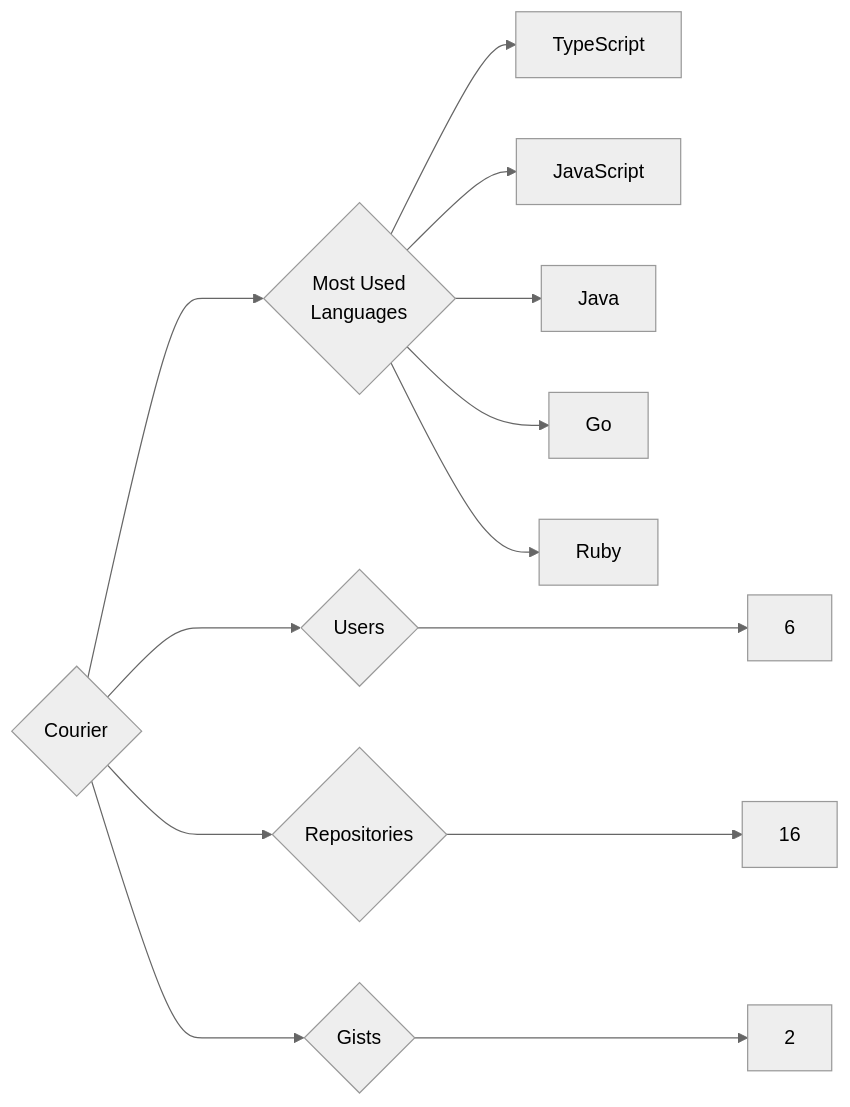
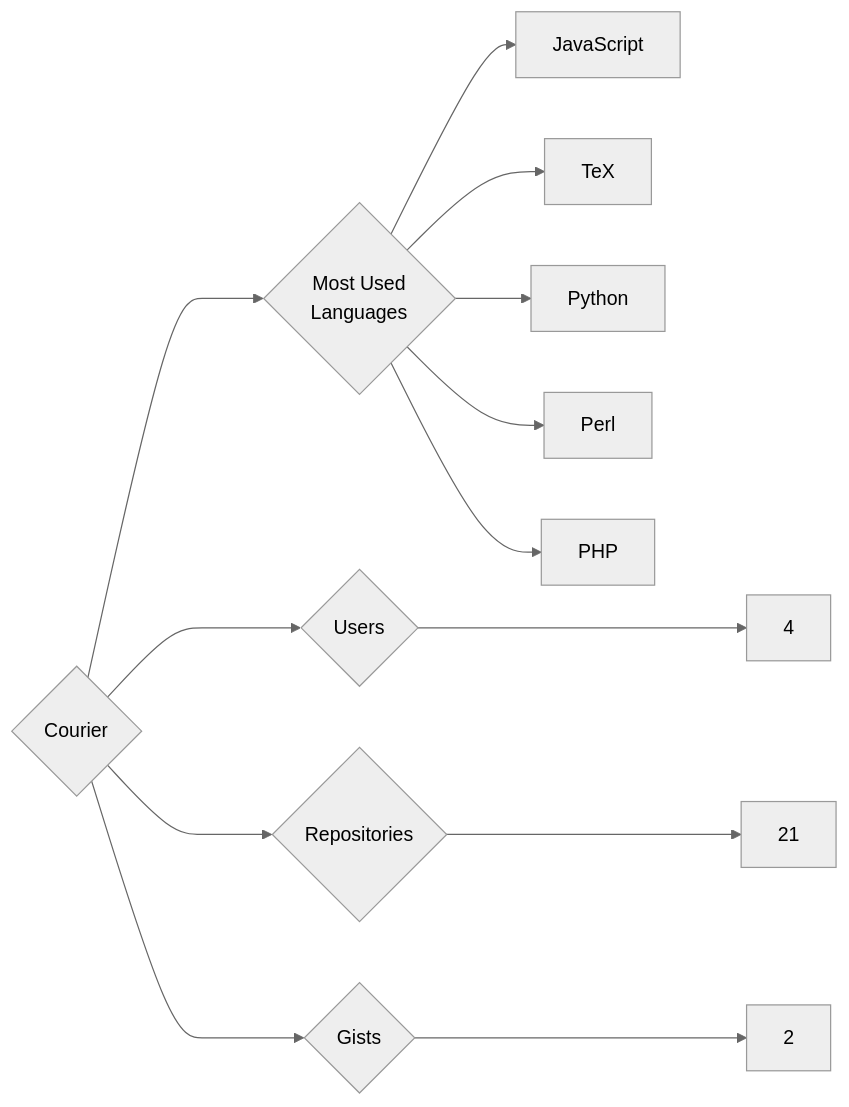
The diagram in targets/Courier/README.md (trickest/insiders), drawn with Mermaid (neutral theme) before and after one commit. The commit also changed 1195 other files, not shown here.

````diff
--- a/targets/Courier/README.md
+++ b/targets/Courier/README.md
@@ -3,13 +3,13 @@
 ```mermaid
 graph LR
 COMPANY_NAME{Courier}
-COMPANY_NAME ---> U{Users} ---> UN[6]
-COMPANY_NAME ---> R{Repositories} ---> RN[16]
+COMPANY_NAME ---> U{Users} ---> UN[4]
+COMPANY_NAME ---> R{Repositories} ---> RN[21]
 COMPANY_NAME ---> G{Gists} ---> GN[2]
 COMPANY_NAME ---> ML{Most Used<br>Languages}
-ML --> TypeScript[TypeScript]
 ML --> JavaScript[JavaScript]
-ML --> Java[Java]
-ML --> Go[Go]
-ML --> Ruby[Ruby]
+ML --> TeX[TeX]
+ML --> Python[Python]
+ML --> Perl[Perl]
+ML --> PHP[PHP]
 ```
````
